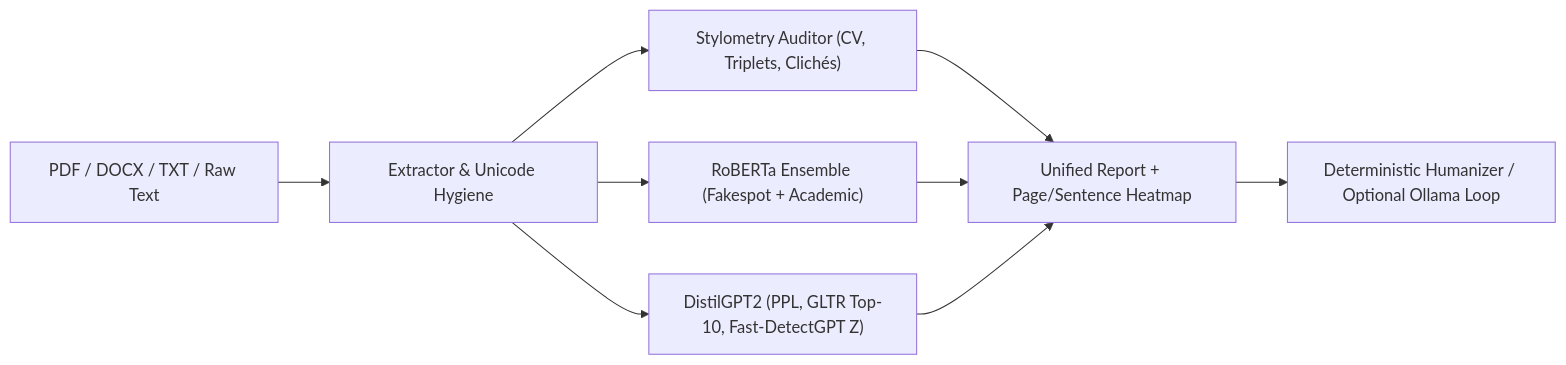
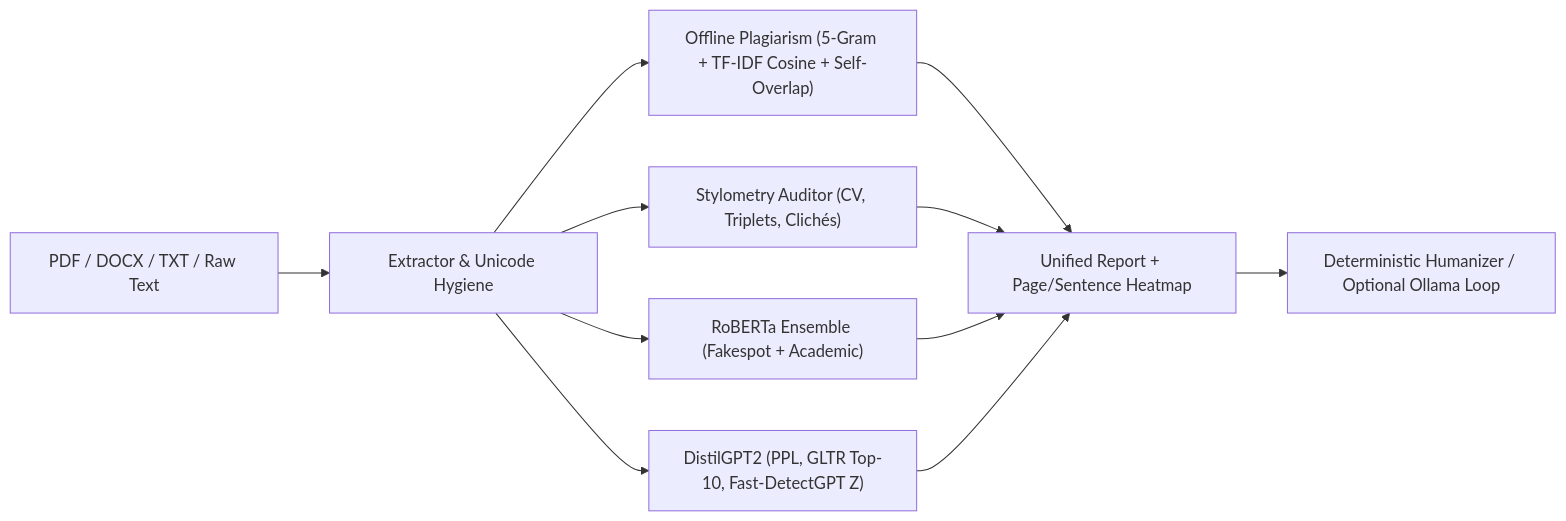
One commit to CodeThief831/TraceZero changed the diagram in README.md. Above: the diagram before and after it, drawn with Mermaid. The commit also changed other lines of this file and 15 other files, not shown here.

Commit message:
feat: add offline plagiarism checker, SEO landing site, monetization tiers & GitHub Pages

````diff
--- a/README.md
+++ b/README.md
@@ -87,11 +110,13 @@
 ```mermaid
 flowchart LR
     In["PDF / DOCX / TXT / Raw Text"] --> Ext["Extractor & Unicode Hygiene"]
+    Ext --> Plag["Offline Plagiarism (5-Gram + TF-IDF Cosine + Self-Overlap)"]
     Ext --> Stylo["Stylometry Auditor (CV, Triplets, Clichés)"]
     Ext --> Ens["RoBERTa Ensemble (Fakespot + Academic)"]
     Ext --> LM["DistilGPT2 (PPL, GLTR Top-10, Fast-DetectGPT Z)"]
-    Stylo --> Rep["Unified Report + Page/Sentence Heatmap"]
+    Plag --> Rep["Unified Report + Page/Sentence Heatmap"]
+    Stylo --> Rep
     Ens --> Rep
     LM --> Rep
     Rep --> Hum["Deterministic Humanizer / Optional Ollama Loop"]
 ```
````
